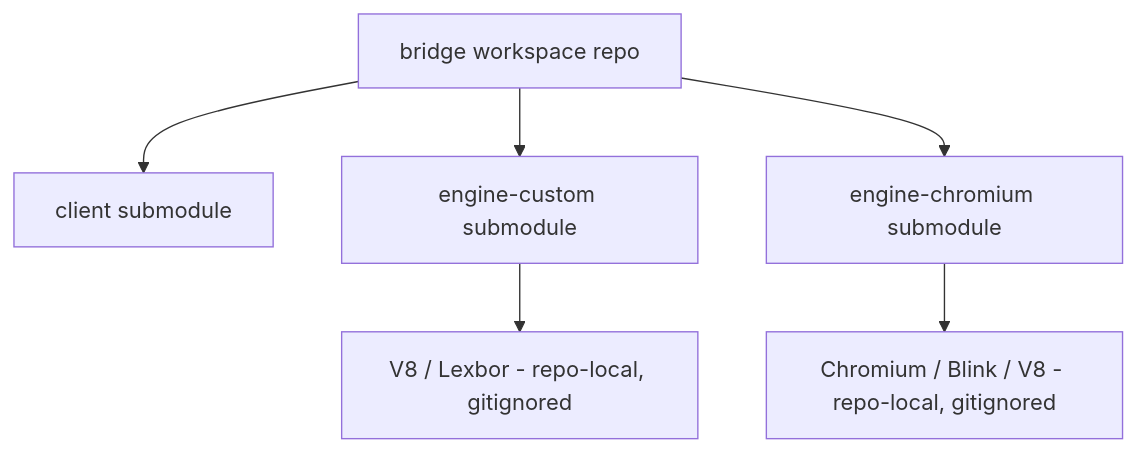
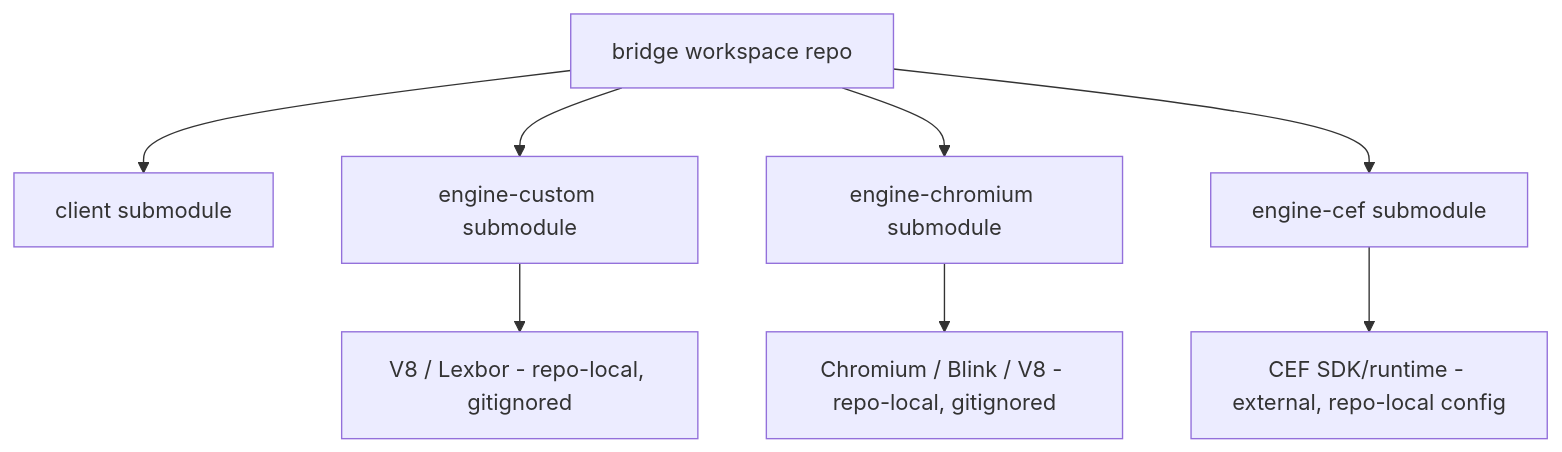
Before and after one commit to dmtomczyk/bridge: the third of 3 diagrams in GIT.md, drawn with Mermaid. The commit also changed other lines of this file and 2 other files, not shown here.

Commit message:
Add ranked cleanup checklist and first hygiene fixes

````diff
--- a/GIT.md
+++ b/GIT.md
@@ -209,14 +209,17 @@
 ```mermaid
 flowchart TD
     W[bridge workspace repo]
     C[client submodule]
     EC[engine-custom submodule]
     ECH[engine-chromium submodule]
+    ECEF[engine-cef submodule]
 
     W --> C
     W --> EC
     W --> ECH
+    W --> ECEF
 
     EC --> V8[V8 / Lexbor - repo-local, gitignored]
     ECH --> CH[Chromium / Blink / V8 - repo-local, gitignored]
+    ECEF --> CEF[CEF SDK/runtime - external, repo-local config]
 ```
````
